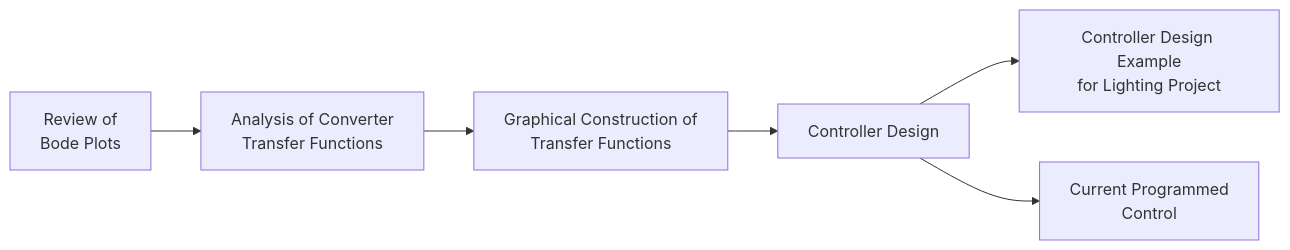
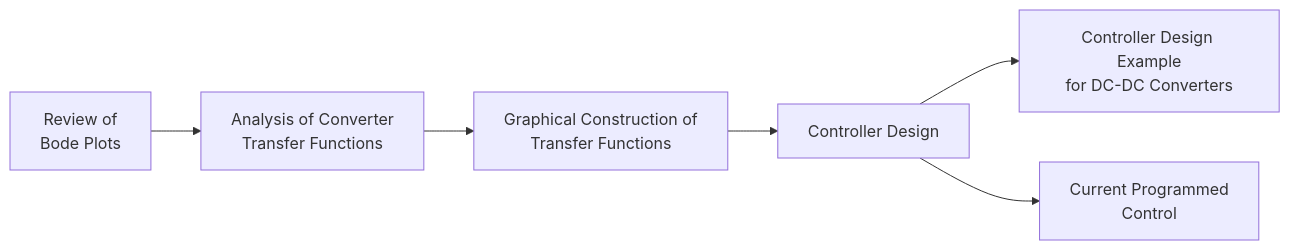
The diagram in README.md (Poweriya/Controller-Design-Handbook), drawn with Mermaid before and after one commit.

````diff
--- a/README.md
+++ b/README.md
@@ -7,8 +7,8 @@
 ```mermaid
 flowchart LR
     A["Review of<br/>Bode Plots"] --> B["Analysis of Converter<br/>Transfer Functions"]
     B --> C["Graphical Construction of<br/>Transfer Functions"]
     C --> D["Controller Design"]
-    D --> E["Controller Design Example<br/>for Lighting Project"]
+    D --> E["Controller Design Example<br/>for DC-DC Converters"]
     D --> F["Current Programmed<br/>Control"]
 ```
````
